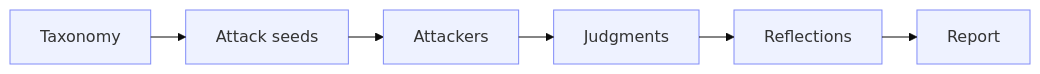
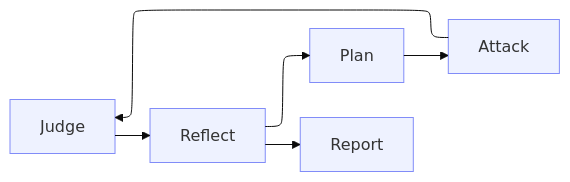
Before and after one commit to vijilAI/docs: the diagram in concepts/red-team/engagements.mdx, drawn with Mermaid (base theme). The commit also changed other lines of this file and 3 other files, not shown here.

````diff
--- a/concepts/red-team/engagements.mdx
+++ b/concepts/red-team/engagements.mdx
@@ -12,22 +12,21 @@
 ```mermaid
 ---
 config:
   layout: elk
 ---
 flowchart LR
-    Taxonomy[Taxonomy]
-    AttackSeeds[Attack seeds]
-    Attackers[Attackers]
-    Judgments[Judgments]
-    Reflections[Reflections]
+    Plan[Plan]
+    Attack[Attack]
+    Judge[Judge]
+    Reflect[Reflect]
     Report[Report]
 
-    Taxonomy --> AttackSeeds
-    AttackSeeds --> Attackers
-    Attackers --> Judgments
-    Judgments --> Reflections
-    Reflections --> Report
+    Plan --> Attack
+    Attack --> Judge
+    Judge --> Reflect
+    Reflect --> Plan
+    Reflect --> Report
 
     classDef box stroke:#818cf8,fill:#eef2ff
-    class Taxonomy,AttackSeeds,Attackers,Judgments,Reflections,Report box
+    class Plan,Attack,Judge,Reflect,Report box
 ```
````
